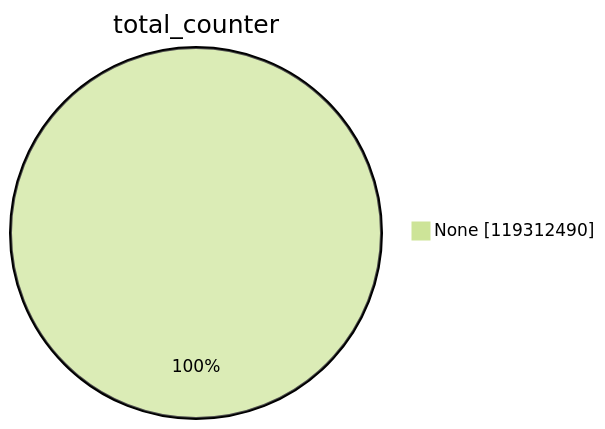
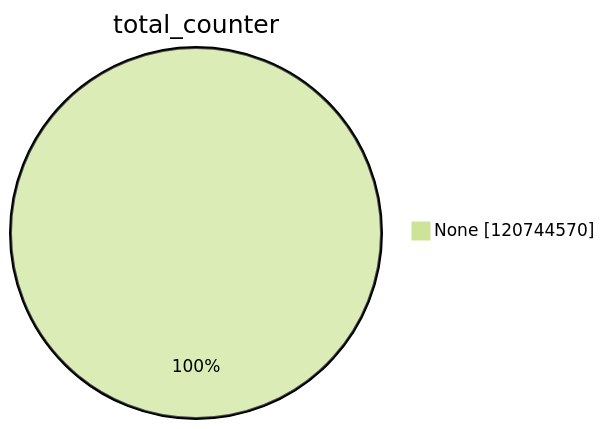
The first of 15 diagrams in xenon2023/README.md (christiankrug/ctmonitor_visualization), drawn with Mermaid (forest theme) before and after one commit. The commit also changed other lines of this file, not shown here.

````diff
--- a/xenon2023/README.md
+++ b/xenon2023/README.md
@@ -1,5 +1,5 @@
 ```mermaid
 pie showData
 title total_counter
-"None" :119312490
+"None" :120744570
 ```
````
